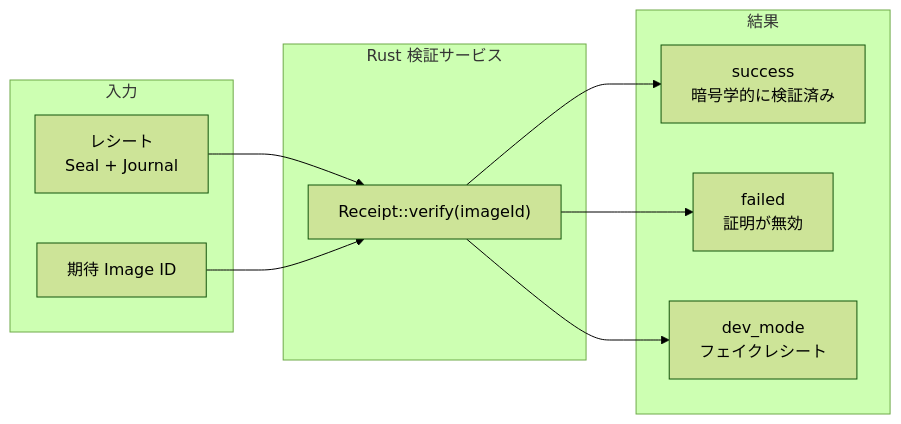
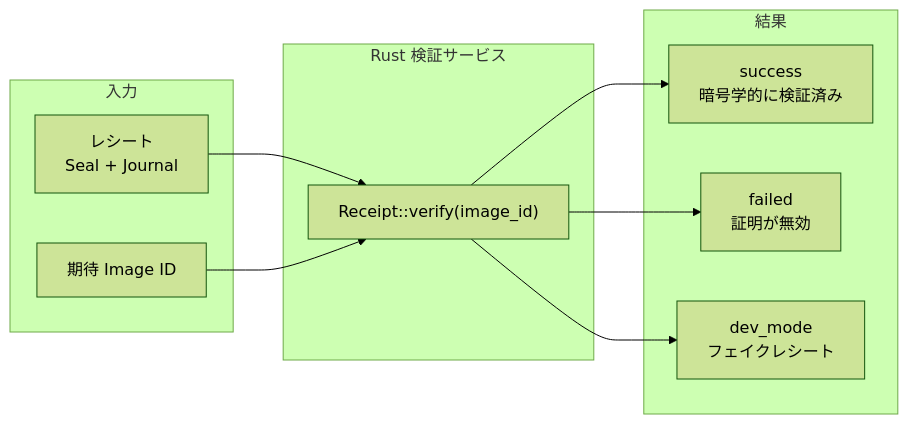
Before and after one commit to hwatanabe-jp/stark-ballot-simulator-public: the fourth of 4 diagrams in public-book/src/verification/four-stage-model.md, drawn with Mermaid (forest theme). The commit also changed other lines of this file and 389 other files, not shown here.

````diff
--- a/public-book/src/verification/four-stage-model.md
+++ b/public-book/src/verification/four-stage-model.md
@@ -242,23 +239,23 @@
 ```mermaid
 flowchart LR
   subgraph "入力"
     RCP[レシート<br/>Seal + Journal]
     EID[期待 Image ID]
   end
 
   subgraph "Rust 検証サービス"
-    VF["Receipt::verify(imageId)"]
+    VF["Receipt::verify(image_id)"]
   end
 
   subgraph "結果"
     OK["success<br/>暗号学的に検証済み"]
     NG["failed<br/>証明が無効"]
     DM["dev_mode<br/>フェイクレシート"]
   end
 
   RCP --> VF
   EID --> VF
   VF --> OK
   VF --> NG
   VF --> DM
 ```
````
